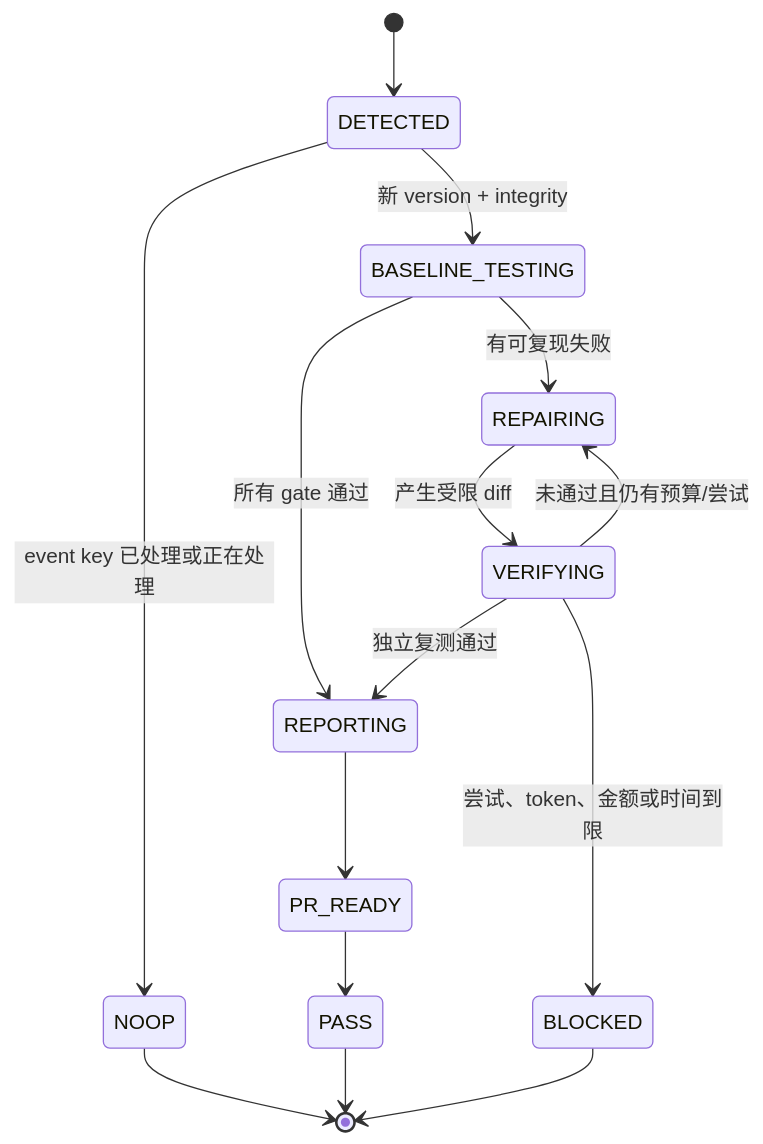
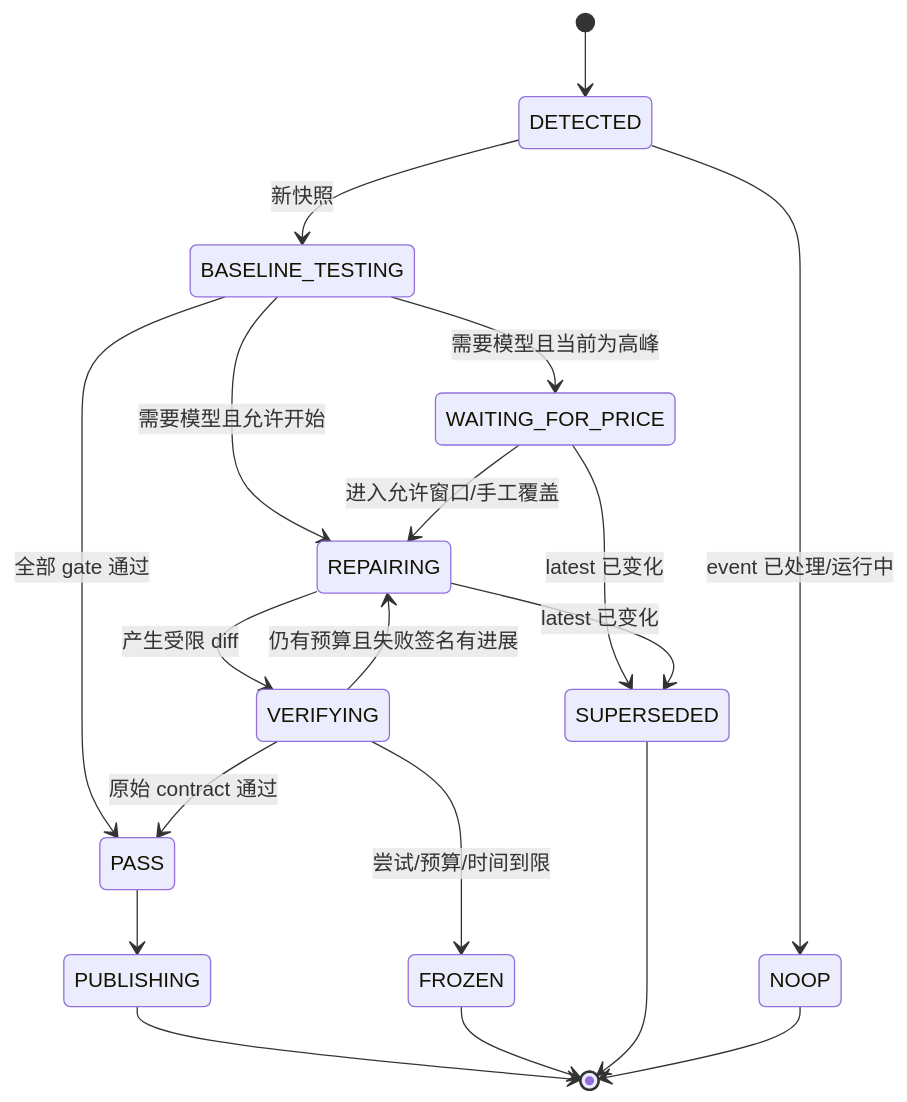
Before and after one commit to LCYLYM/dsh-plugin-compat-guardian: the second of 2 diagrams in docs/DESIGN.md, drawn with Mermaid. The commit also changed other lines of this file and 6 other files, not shown here.

````diff
--- a/docs/DESIGN.md
+++ b/docs/DESIGN.md
@@ -67,17 +115,21 @@
 ```mermaid
 stateDiagram-v2
     [*] --> DETECTED
-    DETECTED --> NOOP: event key 已处理或正在处理
-    DETECTED --> BASELINE_TESTING: 新 version + integrity
-    BASELINE_TESTING --> REPORTING: 所有 gate 通过
-    BASELINE_TESTING --> REPAIRING: 有可复现失败
+    DETECTED --> NOOP: event 已处理/运行中
+    DETECTED --> BASELINE_TESTING: 新快照
+    BASELINE_TESTING --> PASS: 全部 gate 通过
+    BASELINE_TESTING --> WAITING_FOR_PRICE: 需要模型且当前为高峰
+    BASELINE_TESTING --> REPAIRING: 需要模型且允许开始
+    WAITING_FOR_PRICE --> SUPERSEDED: latest 已变化
+    WAITING_FOR_PRICE --> REPAIRING: 进入允许窗口/手工覆盖
     REPAIRING --> VERIFYING: 产生受限 diff
-    VERIFYING --> REPORTING: 独立复测通过
-    VERIFYING --> REPAIRING: 未通过且仍有预算/尝试
-    VERIFYING --> BLOCKED: 尝试、token、金额或时间到限
-    REPORTING --> PR_READY
-    PR_READY --> PASS
+    VERIFYING --> PASS: 原始 contract 通过
+    VERIFYING --> REPAIRING: 仍有预算且失败签名有进展
+    VERIFYING --> FROZEN: 尝试/预算/时间到限
+    REPAIRING --> SUPERSEDED: latest 已变化
+    PASS --> PUBLISHING
+    PUBLISHING --> [*]
+    FROZEN --> [*]
+    SUPERSEDED --> [*]
     NOOP --> [*]
-    PASS --> [*]
-    BLOCKED --> [*]
 ```
````
